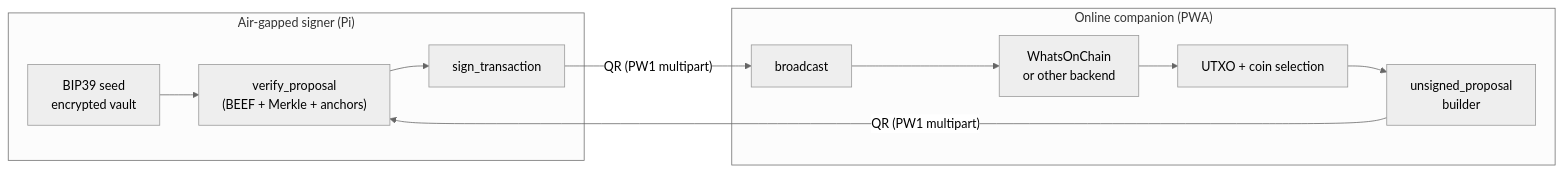
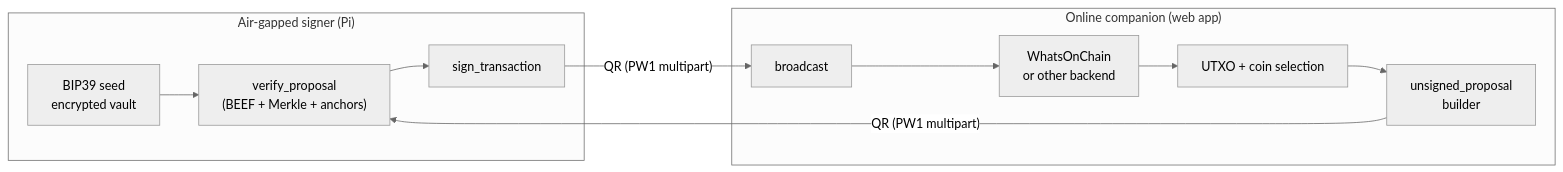
Before and after one commit to mohrt/PiWalletSV: the diagram in docs/index.md, drawn with Mermaid (neutral theme). The commit also changed other lines of this file and 32 other files, not shown here.

````diff
--- a/docs/index.md
+++ b/docs/index.md
@@ -85,21 +61,21 @@
 ```mermaid
 flowchart LR
   subgraph air["Air-gapped signer (Pi)"]
     seed["BIP39 seed<br/>encrypted vault"]
     verify["verify_proposal<br/>(BEEF + Merkle + anchors)"]
     sign["sign_transaction"]
     seed --> verify --> sign
   end
 
-  subgraph online["Online companion (PWA)"]
+  subgraph online["Online companion (web app)"]
     woc["WhatsOnChain<br/>or other backend"]
     select["UTXO + coin selection"]
     proposal["unsigned_proposal<br/>builder"]
     broadcast["broadcast"]
     woc --> select --> proposal
     broadcast --> woc
   end
 
   proposal -- "QR (PW1 multipart)" --> verify
   sign -- "QR (PW1 multipart)" --> broadcast
 ```
````
